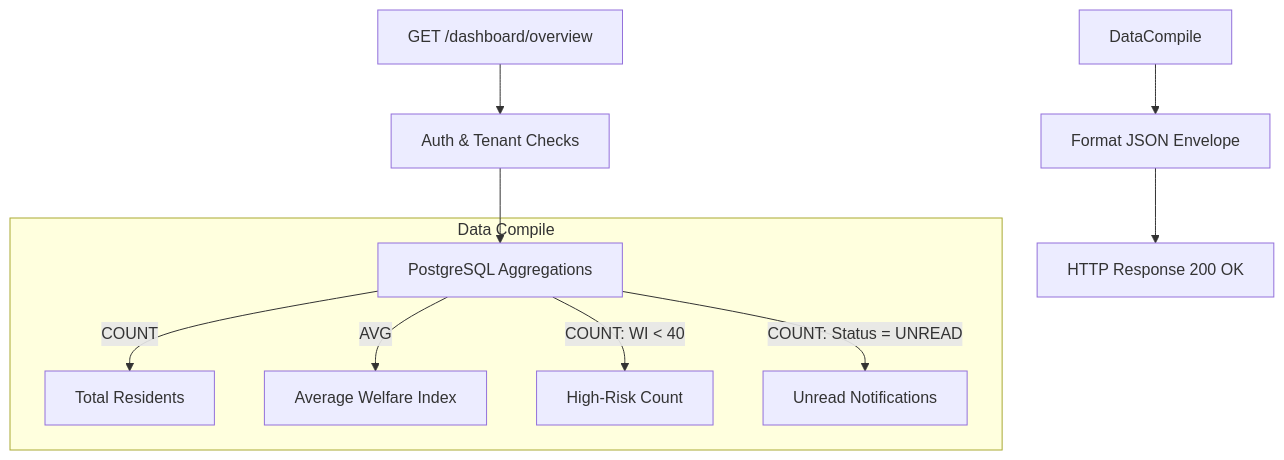
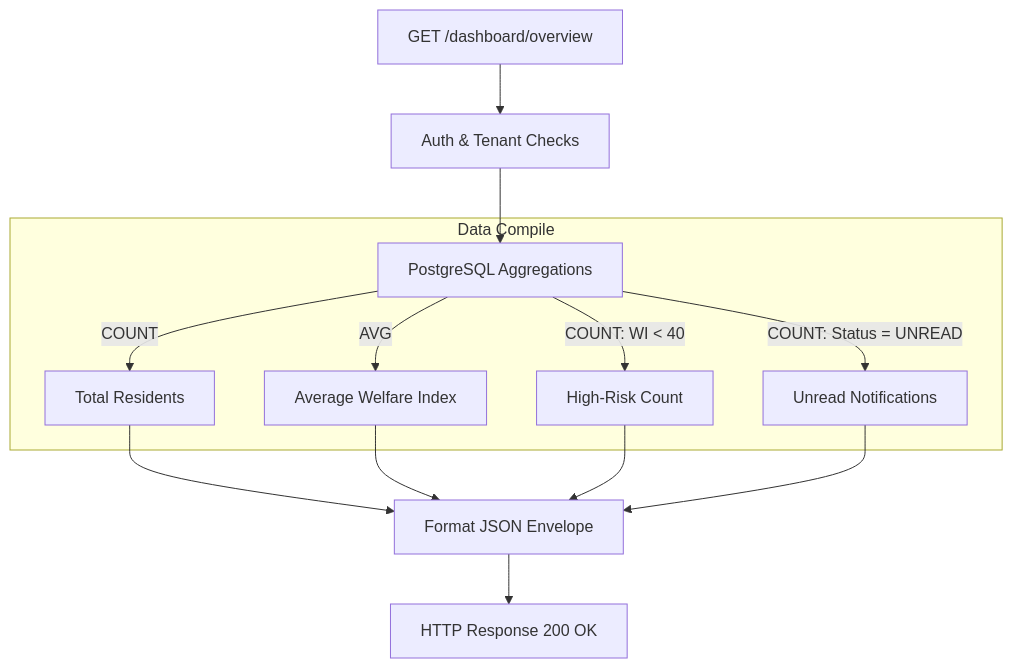
One commit to Kurinji-Eswar/WelfareSync changed the fourth of 8 diagrams in docs/ARCHITECTURE_REPORT.md. Above: the diagram before and after it, drawn with Mermaid. The commit also changed other lines of this file, not shown here.

Commit message:
Fix Mermaid diagram compatibility

````diff
--- a/docs/ARCHITECTURE_REPORT.md
+++ b/docs/ARCHITECTURE_REPORT.md
@@ -271,15 +271,18 @@
 ```mermaid
 graph TD
     Request[GET /dashboard/overview] --> Middleware[Auth & Tenant Checks]
     Middleware --> DBQuery[PostgreSQL Aggregations]
     
-    subgraph Data Compile
+    subgraph DataCompile ["Data Compile"]
         DBQuery -->|COUNT| Residents[Total Residents]
         DBQuery -->|AVG| AverageWI[Average Welfare Index]
         DBQuery -->|COUNT: WI < 40| HighRisk[High-Risk Count]
         DBQuery -->|COUNT: Status = UNREAD| UnreadAlerts[Unread Notifications]
     end
 
-    DataCompile --> Format[Format JSON Envelope]
+    Residents --> Format[Format JSON Envelope]
+    AverageWI --> Format
+    HighRisk --> Format
+    UnreadAlerts --> Format
     Format --> Response[HTTP Response 200 OK]
 ```
````
